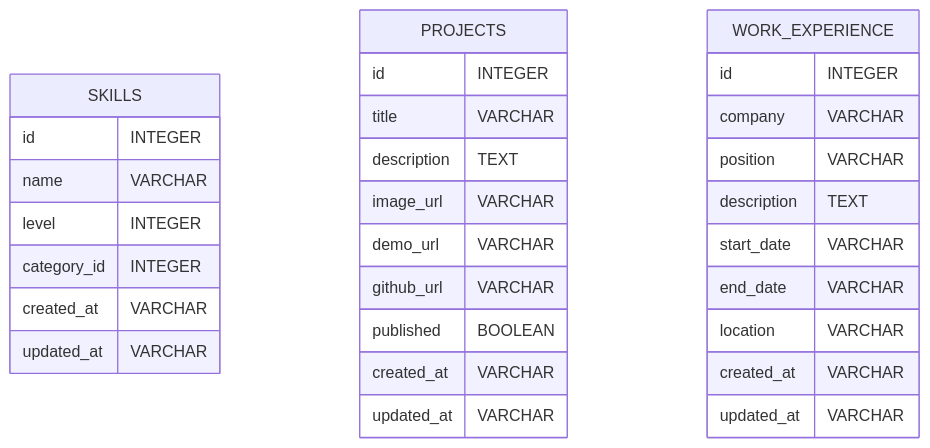
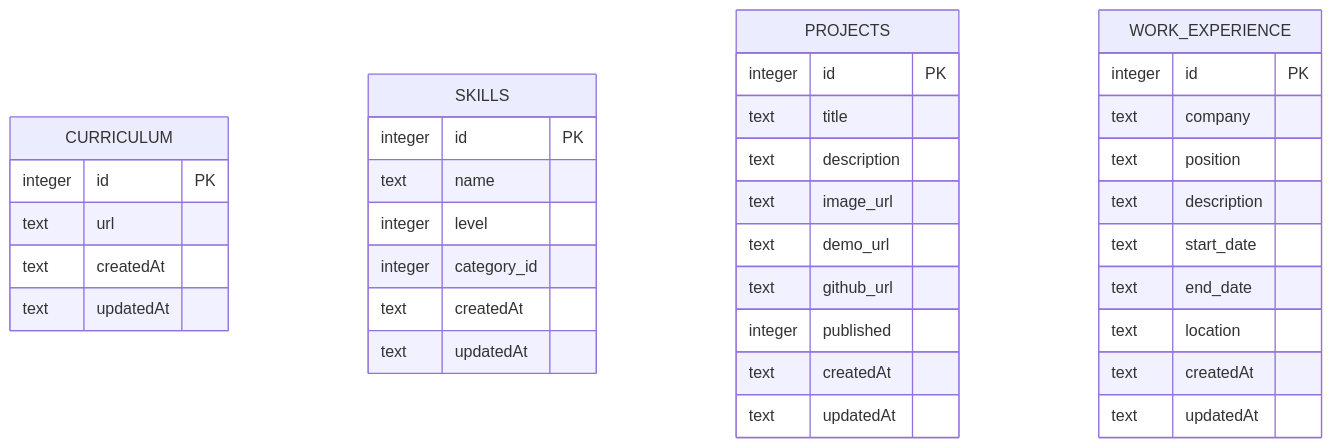
Before and after one commit to IsaiaScope/monorepoonfire: the third of 3 diagrams in doc/backend-guide.md, drawn with Mermaid. The commit also changed other lines of this file and 13 other files, not shown here.

````diff
--- a/doc/backend-guide.md
+++ b/doc/backend-guide.md
@@ -119,35 +137,42 @@
 ```mermaid
 erDiagram
+    CURRICULUM {
+        integer id PK
+        text url
+        text createdAt
+        text updatedAt
+    }
+
     SKILLS {
-        id INTEGER
-        name VARCHAR
-        level INTEGER
-        category_id INTEGER
-        created_at VARCHAR
-        updated_at VARCHAR
+        integer id PK
+        text name
+        integer level
+        integer category_id
+        text createdAt
+        text updatedAt
     }
 
     PROJECTS {
-        id INTEGER
-        title VARCHAR
-        description TEXT
-        image_url VARCHAR
-        demo_url VARCHAR
-        github_url VARCHAR
-        published BOOLEAN
-        created_at VARCHAR
-        updated_at VARCHAR
+        integer id PK
+        text title
+        text description
+        text image_url
+        text demo_url
+        text github_url
+        integer published
+        text createdAt
+        text updatedAt
     }
 
     WORK_EXPERIENCE {
-        id INTEGER
-        company VARCHAR
-        position VARCHAR
-        description TEXT
-        start_date VARCHAR
-        end_date VARCHAR
-        location VARCHAR
-        created_at VARCHAR
-        updated_at VARCHAR
+        integer id PK
+        text company
+        text position
+        text description
+        text start_date
+        text end_date
+        text location
+        text createdAt
+        text updatedAt
     }
 ```
````
